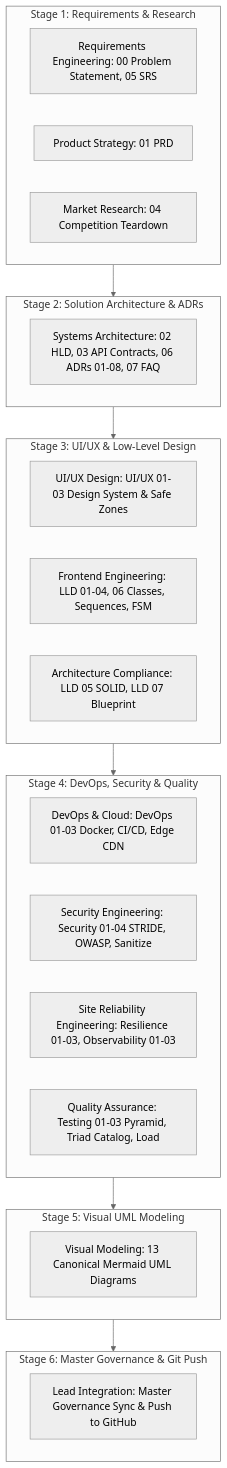
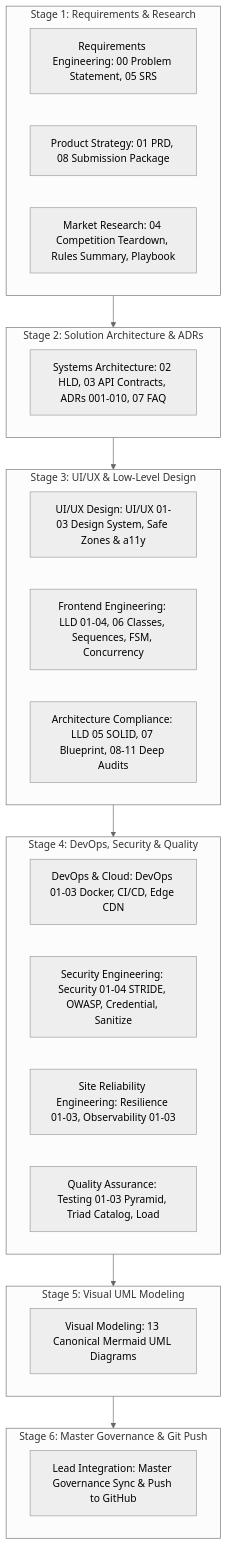
The diagram in docs/management/02-service-orchestration-dag.md (piyushmakhija28/countdown-lockscreen-challenge), drawn with Mermaid (neutral theme) before and after one commit. The commit also changed other lines of this file and 49 other files, not shown here.

Commit message:
docs(audit): complete 66-doc synchronization, security hardening, and architectural deepening to Level 2.2 standard

````diff
--- a/docs/management/02-service-orchestration-dag.md
+++ b/docs/management/02-service-orchestration-dag.md
@@ -14,39 +15,39 @@
 ```mermaid
 graph TD
     subgraph Discovery [Stage 1: Requirements & Research]
         BA[Requirements Engineering: 00 Problem Statement, 05 SRS]
-        PM[Product Strategy: 01 PRD]
-        Research[Market Research: 04 Competition Teardown]
+        PM[Product Strategy: 01 PRD, 08 Submission Package]
+        Research[Market Research: 04 Competition Teardown, Rules Summary, Playbook]
     end
 
     subgraph Architecture [Stage 2: Solution Architecture & ADRs]
-        SA[Systems Architecture: 02 HLD, 03 API Contracts, 06 ADRs 01-08, 07 FAQ]
+        SA[Systems Architecture: 02 HLD, 03 API Contracts, ADRs 001-010, 07 FAQ]
     end
 
     subgraph DesignAndLLD [Stage 3: UI/UX & Low-Level Design]
-        UI[UI/UX Design: UI/UX 01-03 Design System & Safe Zones]
-        ReactEng[Frontend Engineering: LLD 01-04, 06 Classes, Sequences, FSM]
-        Auditor[Architecture Compliance: LLD 05 SOLID, LLD 07 Blueprint]
+        UI[UI/UX Design: UI/UX 01-03 Design System, Safe Zones & a11y]
+        ReactEng[Frontend Engineering: LLD 01-04, 06 Classes, Sequences, FSM, Concurrency]
+        Auditor[Architecture Compliance: LLD 05 SOLID, 07 Blueprint, 08-11 Deep Audits]
     end
 
     subgraph Hardening [Stage 4: DevOps, Security & Quality]
         DevOps[DevOps & Cloud: DevOps 01-03 Docker, CI/CD, Edge CDN]
-        Security[Security Engineering: Security 01-04 STRIDE, OWASP, Sanitize]
+        Security[Security Engineering: Security 01-04 STRIDE, OWASP, Credential, Sanitize]
         SRE[Site Reliability Engineering: Resilience 01-03, Observability 01-03]
         QA[Quality Assurance: Testing 01-03 Pyramid, Triad Catalog, Load]
     end
 
     subgraph Modeling [Stage 5: Visual UML Modeling]
         UML[Visual Modeling: 13 Canonical Mermaid UML Diagrams]
     end
 
     subgraph Assembly [Stage 6: Master Governance & Git Push]
         Orchestrator[Lead Integration: Master Governance Sync & Push to GitHub]
     end
 
     Discovery --> Architecture
     Architecture --> DesignAndLLD
     DesignAndLLD --> Hardening
     Hardening --> Modeling
     Modeling --> Assembly
 ```
````
